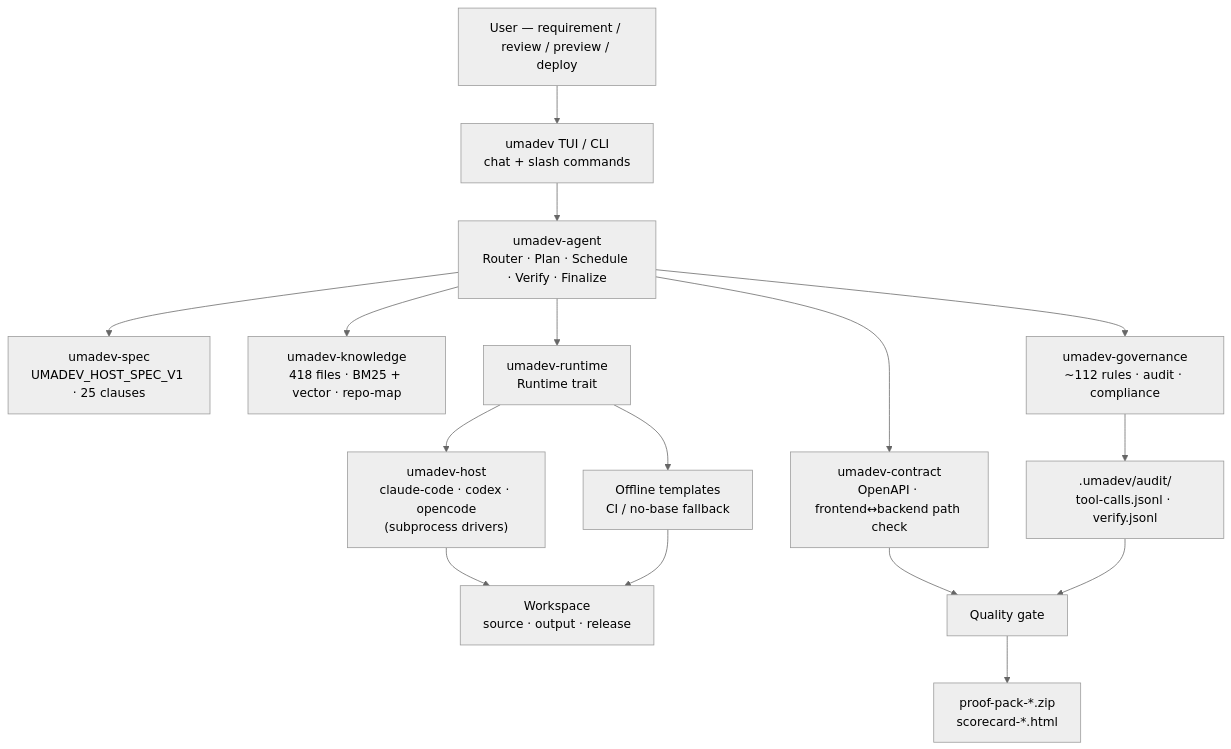
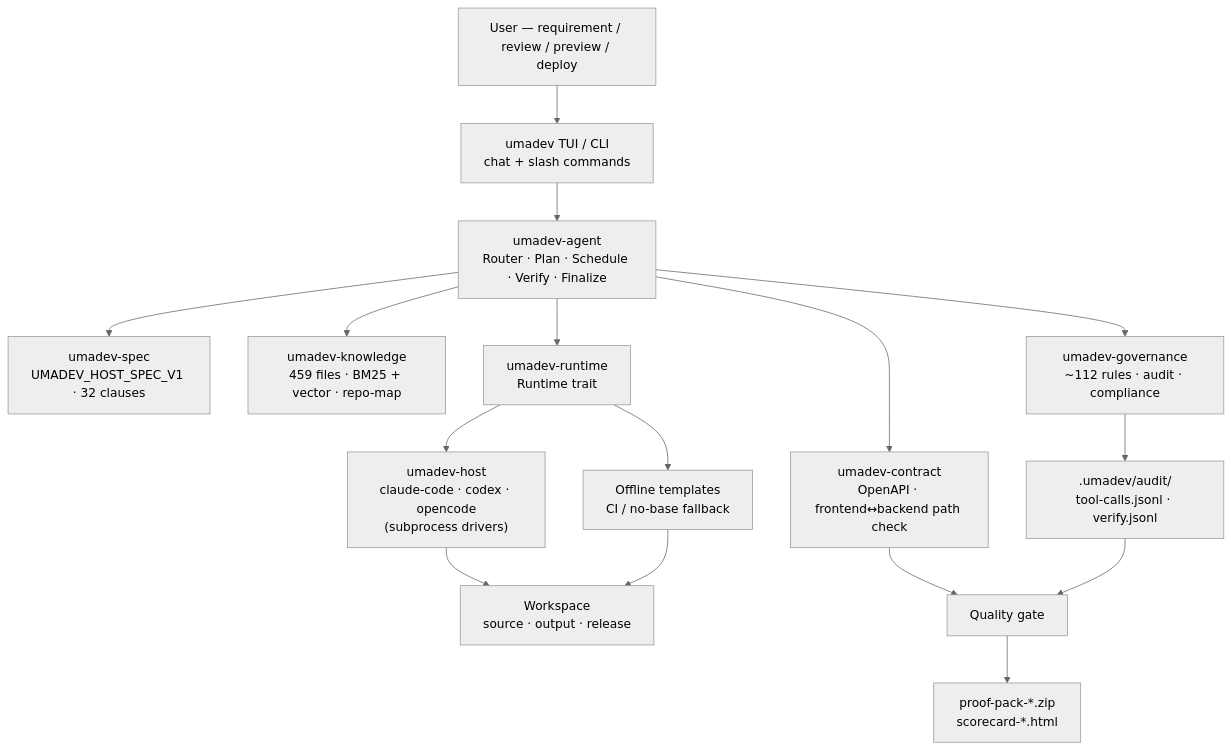
Before and after one commit to umacloud/umadev: the second of 7 diagrams in README.md, drawn with Mermaid (neutral theme). The commit also changed other lines of this file and 4 other files, not shown here.

````diff
--- a/README.md
+++ b/README.md
@@ -215,23 +218,23 @@
 ```mermaid
 flowchart TB
     User["User — requirement / review / preview / deploy"] --> UI["umadev TUI / CLI<br/>chat + slash commands"]
 
     UI --> Director["umadev-agent<br/>Router · Plan · Schedule · Verify · Finalize"]
 
-    Director --> Spec["umadev-spec<br/>UMADEV_HOST_SPEC_V1 · 25 clauses"]
-    Director --> Knowledge["umadev-knowledge<br/>418 files · BM25 + vector · repo-map"]
+    Director --> Spec["umadev-spec<br/>UMADEV_HOST_SPEC_V1 · 32 clauses"]
+    Director --> Knowledge["umadev-knowledge<br/>459 files · BM25 + vector · repo-map"]
     Director --> Governance["umadev-governance<br/>~112 rules · audit · compliance"]
     Director --> Contract["umadev-contract<br/>OpenAPI · frontend↔backend path check"]
 
     Director --> Runtime["umadev-runtime<br/>Runtime trait"]
     Runtime --> Host["umadev-host<br/>claude-code · codex · opencode<br/>(subprocess drivers)"]
     Runtime --> Offline["Offline templates<br/>CI / no-base fallback"]
 
     Host --> Workspace["Workspace<br/>source · output · release"]
     Offline --> Workspace
 
     Governance --> Evidence[".umadev/audit/<br/>tool-calls.jsonl · verify.jsonl"]
     Contract --> Quality["Quality gate"]
     Evidence --> Quality
     Quality --> Release["proof-pack-*.zip<br/>scorecard-*.html"]
 ```
````
